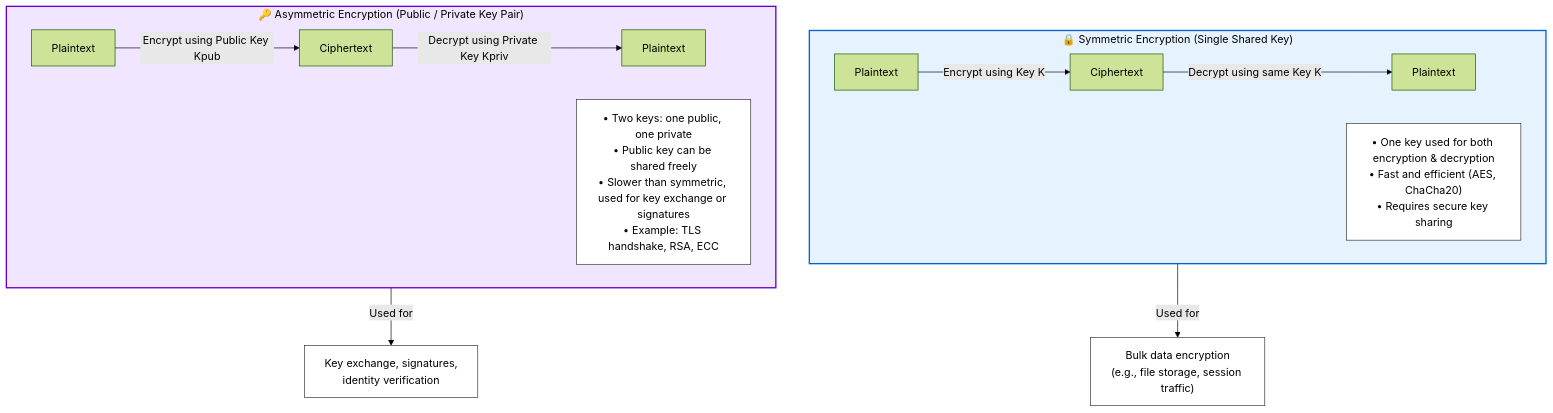
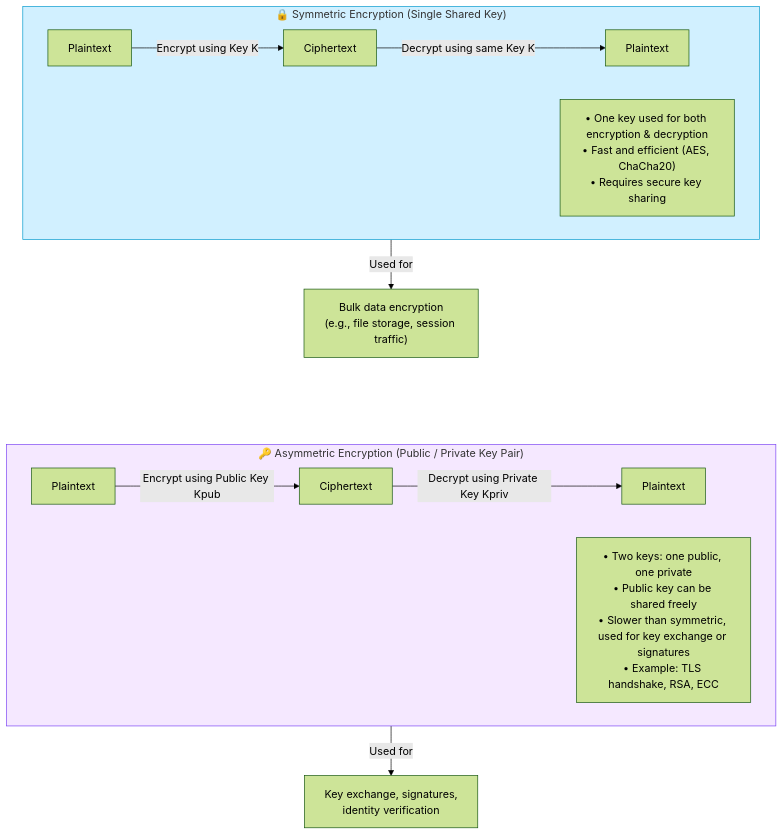
Before and after one commit to irahulsawhney/crypto-concepts: the diagram in diagrams/01-symmetric-asymmetric.mmd, drawn with Mermaid (forest theme).

Commit message:
Force vertical layout for encryption sections using invisible separator

```diff
--- a/diagrams/01-symmetric-asymmetric.mmd
+++ b/diagrams/01-symmetric-asymmetric.mmd
@@ -1,21 +1,21 @@
 flowchart TB
     subgraph Symmetric_Encryption["🔒 Symmetric Encryption (Single Shared Key)"]
         A1[Plaintext] -->|Encrypt using Key K| B1[Ciphertext]
         B1 -->|Decrypt using same Key K| C1[Plaintext]
         N1["• One key used for both encryption & decryption<br/>• Fast and efficient (AES, ChaCha20)<br/>• Requires secure key sharing"]
     end
     Symmetric_Encryption -->|Used for| D1["Bulk data encryption\n(e.g., file storage, session traffic)"]
     
+    D1 ~~~ separator1[ ]
+    separator1 ~~~ Asymmetric_Encryption
+    
     subgraph Asymmetric_Encryption["🔑 Asymmetric Encryption (Public / Private Key Pair)"]
         A2[Plaintext] -->|Encrypt using Public Key Kpub| B2[Ciphertext]
         B2 -->|Decrypt using Private Key Kpriv| C2[Plaintext]
         N2["• Two keys: one public, one private<br/>• Public key can be shared freely<br/>• Slower than symmetric, used for key exchange or signatures<br/>• Example: TLS handshake, RSA, ECC"]
     end
     Asymmetric_Encryption -->|Used for| D2["Key exchange, signatures,\nidentity verification"]
 
-    style Symmetric_Encryption fill:#e6f3ff,stroke:#0066cc,stroke-width:2px,color:#000
-    style Asymmetric_Encryption fill:#f0e6ff,stroke:#6600cc,stroke-width:2px,color:#000
-    style N1 fill:#fff,stroke:#333,color:#000
-    style N2 fill:#fff,stroke:#333,color:#000
-    style D1 fill:#fff,stroke:#333,color:#000
-    style D2 fill:#fff,stroke:#333,color:#000
+    style Symmetric_Encryption fill:#d1f0ff,stroke:#0099cc,stroke-width:1px
+    style Asymmetric_Encryption fill:#f5e8ff,stroke:#7a42f4,stroke-width:1px
+    style separator1 fill:none,stroke:none
```
